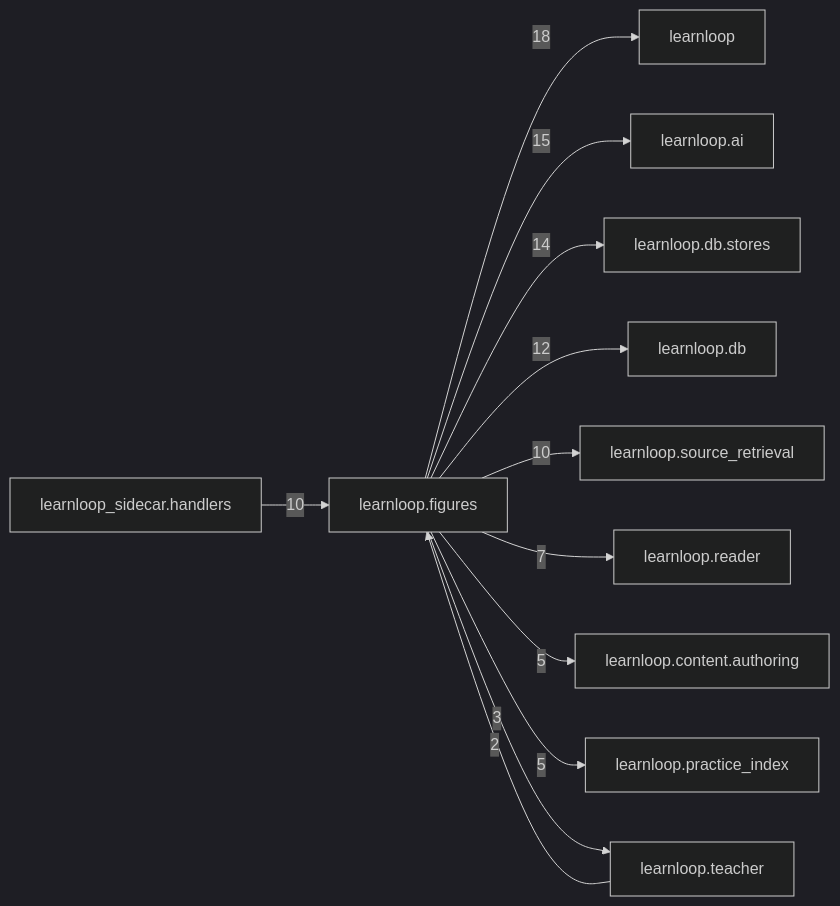
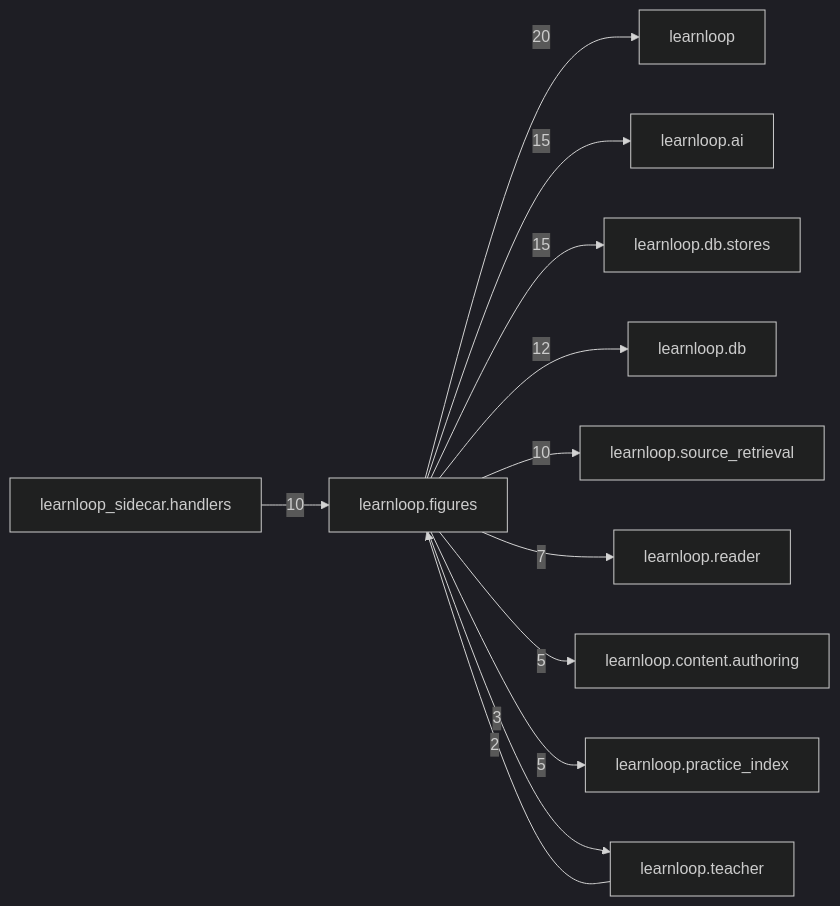
The diagram in docs/learnloop-architecture-vault/Reference/Modules/learnloop/figures/_package.md (6up-b/learnanything), drawn with Mermaid (dark theme) before and after one commit. The commit also changed other lines of this file and 24 other files, not shown here.

````diff
--- a/docs/learnloop-architecture-vault/Reference/Modules/learnloop/figures/_package.md
+++ b/docs/learnloop-architecture-vault/Reference/Modules/learnloop/figures/_package.md
@@ -126,25 +128,25 @@
 ```mermaid
 flowchart LR
     center["learnloop.figures"]
     n_learnloop["learnloop"]
     n_learnloop_ai["learnloop.ai"]
     n_learnloop_db_stores["learnloop.db.stores"]
     n_learnloop_db["learnloop.db"]
     n_learnloop_source_retrieval["learnloop.source_retrieval"]
     n_learnloop_sidecar_handlers["learnloop_sidecar.handlers"]
     n_learnloop_reader["learnloop.reader"]
     n_learnloop_content_authoring["learnloop.content.authoring"]
     n_learnloop_practice_index["learnloop.practice_index"]
     n_learnloop_teacher["learnloop.teacher"]
-    center -->|18| n_learnloop
+    center -->|20| n_learnloop
     center -->|15| n_learnloop_ai
-    center -->|14| n_learnloop_db_stores
+    center -->|15| n_learnloop_db_stores
     center -->|12| n_learnloop_db
     center -->|10| n_learnloop_source_retrieval
     n_learnloop_sidecar_handlers -->|10| center
     center -->|7| n_learnloop_reader
     center -->|5| n_learnloop_content_authoring
     center -->|5| n_learnloop_practice_index
     n_learnloop_teacher -->|2| center
     center -->|3| n_learnloop_teacher
 ```
````
